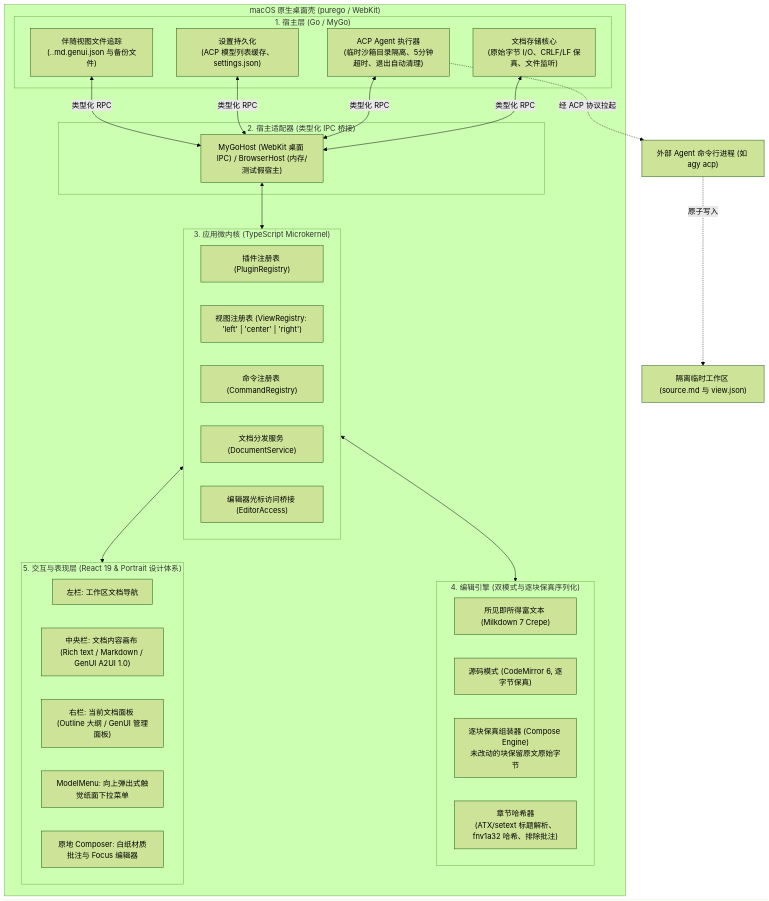
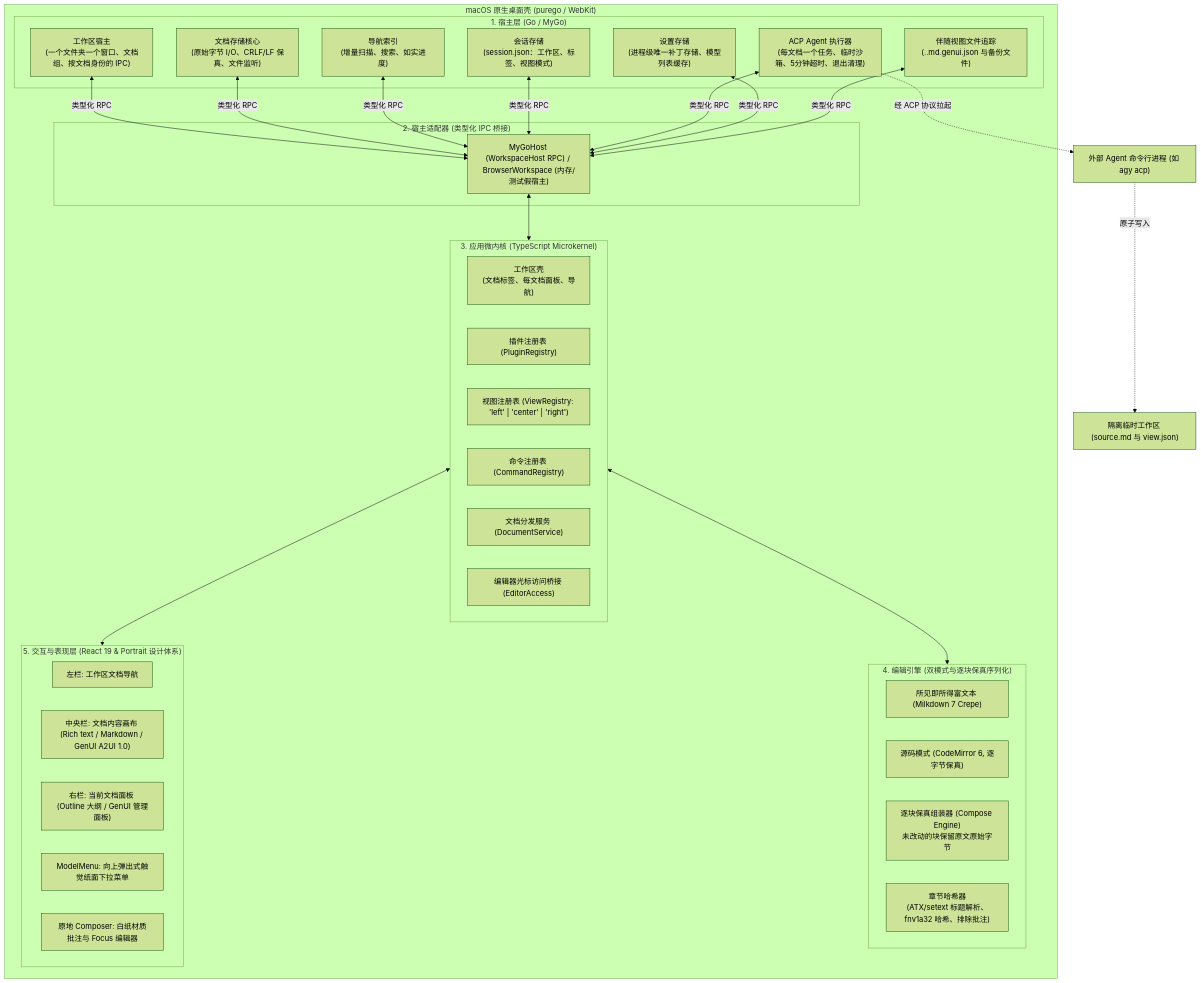
One commit to Bayern99/mark-go-go changed the second of 2 diagrams in ARCHITECTURE.md. Above: the diagram before and after it, drawn with Mermaid (forest theme). The commit also changed other lines of this file and 7 other files, not shown here.

````diff
--- a/ARCHITECTURE.md
+++ b/ARCHITECTURE.md
@@ -131,50 +150,57 @@
 ```mermaid
 graph TD
     subgraph macOS桌面宿主 ["macOS 原生桌面壳 (purego / WebKit)"]
         subgraph Go宿主层 ["1. 宿主层 (Go / MyGo)"]
+            Workspaces["工作区宿主<br/>(一个文件夹一个窗口、文档组、按文档身份的 IPC)"]
             DocStore["文档存储核心<br/>(原始字节 I/O、CRLF/LF 保真、文件监听)"]
-            AgentRunner["ACP Agent 执行器<br/>(临时沙箱目录隔离、5分钟超时、退出自动清理)"]
-            SettingsStore["设置持久化<br/>(ACP 模型列表缓存、settings.json)"]
+            NavIndex["导航索引<br/>(增量扫描、搜索、如实进度)"]
+            SessionStore["会话存储<br/>(session.json：工作区、标签、视图模式)"]
+            AgentRunner["ACP Agent 执行器<br/>(每文档一个任务、临时沙箱、5分钟超时、退出清理)"]
+            SettingsStore["设置存储<br/>(进程级唯一补丁存储、模型列表缓存)"]
             ViewTracker["伴随视图文件追踪<br/>(.<doc>.md.genui.json 与备份文件)"]
         end
 
         subgraph IPC层 ["2. 宿主适配器 (类型化 IPC 桥接)"]
-            MyGoHost["MyGoHost (WebKit 桌面 IPC) / BrowserHost (内存/测试假宿主)"]
+            MyGoHost["MyGoHost (WorkspaceHost RPC) / BrowserWorkspace (内存/测试假宿主)"]
         end
 
         subgraph 核心层 ["3. 应用微内核 (TypeScript Microkernel)"]
+            Shell["工作区壳<br/>(文档标签、每文档面板、导航)"]
             PluginReg["插件注册表 (PluginRegistry)"]
             ViewReg["视图注册表 (ViewRegistry: 'left' | 'center' | 'right')"]
             CmdReg["命令注册表 (CommandRegistry)"]
             DocSvc["文档分发服务 (DocumentService)"]
             EditorAccess["编辑器光标访问桥接 (EditorAccess)"]
         end
 
         subgraph 编辑引擎层 ["4. 编辑引擎 (双模式与逐块保真序列化)"]
             WYSIWYG["所见即所得富文本 (Milkdown 7 Crepe)"]
             Source["源码模式 (CodeMirror 6, 逐字节保真)"]
             Compose["逐块保真组装器 (Compose Engine)<br/>未改动的块保留原文原始字节"]
             SectionHash["章节哈希器<br/>(ATX/setext 标题解析、fnv1a32 哈希、排除批注)"]
         end
 
         subgraph 视图与UI层 ["5. 交互与表现层 (React 19 & Portrait 设计体系)"]
             LeftCol["左栏: 工作区文档导航"]
             CenterCol["中央栏: 文档内容画布 (Rich text / Markdown / GenUI A2UI 1.0)"]
             RightCol["右栏: 当前文档面板 (Outline 大纲 / GenUI 管理面板)"]
             ModelMenu["ModelMenu: 向上弹出式触觉纸面下拉菜单"]
             Composer["原地 Composer: 白纸材质批注与 Focus 编辑器"]
         end
     end
 
+    Workspaces <-->|类型化 RPC| MyGoHost
     DocStore <-->|类型化 RPC| MyGoHost
+    NavIndex <-->|类型化 RPC| MyGoHost
+    SessionStore <-->|类型化 RPC| MyGoHost
     AgentRunner <-->|类型化 RPC| MyGoHost
     SettingsStore <-->|类型化 RPC| MyGoHost
     ViewTracker <-->|类型化 RPC| MyGoHost
 
     MyGoHost <--> 核心层
     核心层 <--> 编辑引擎层
     核心层 <--> 视图与UI层
 
     AgentRunner -.->|经 ACP 协议拉起| ExternalAgent["外部 Agent 命令行进程 (如 agy acp)"]
     ExternalAgent -.->|原子写入| IsolatedWorkspace["隔离临时工作区 (source.md 与 view.json)"]
 ```
````
